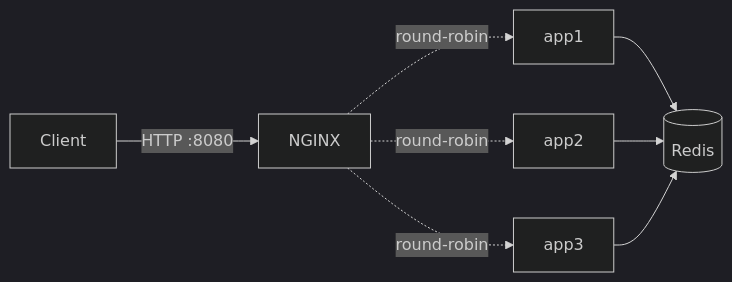
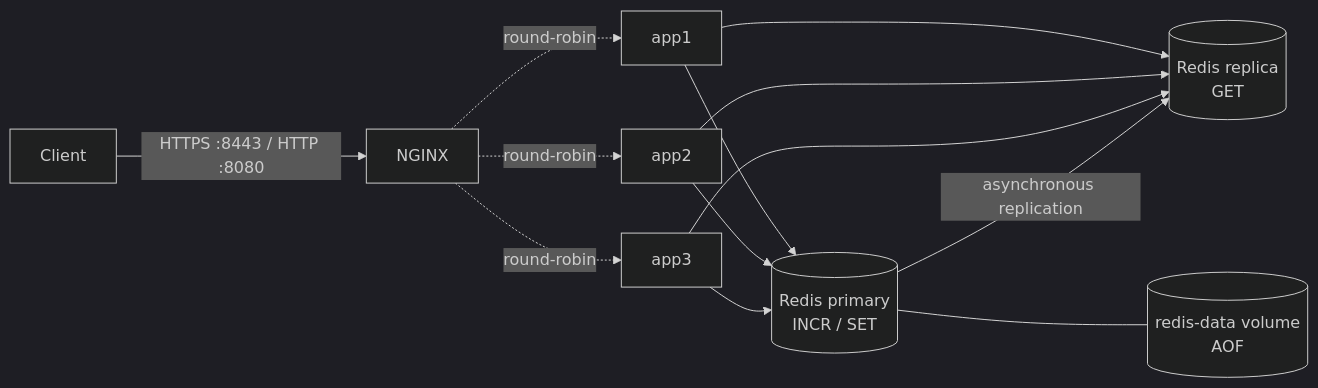
One commit to kajuyerim/docker-based-multiserver-system changed the diagram in ARCHITECTURE.md. Above: the diagram before and after it, drawn with Mermaid (dark theme). The commit also changed other lines of this file and 8 other files, not shown here.

Commit message:
docs(redis): explain persistence and replica consistency

````diff
--- a/ARCHITECTURE.md
+++ b/ARCHITECTURE.md
@@ -17,10 +17,15 @@
 ```mermaid
 flowchart LR
-    Client[Client] -->|HTTP :8080| nginx[NGINX]
+    Client[Client] -->|HTTPS :8443 / HTTP :8080| nginx[NGINX]
     nginx -. round-robin .-> app1
     nginx -. round-robin .-> app2
     nginx -. round-robin .-> app3
-    app1 --> redis[(Redis)]
+    app1 --> redis[(Redis primary<br/>INCR / SET)]
     app2 --> redis
     app3 --> redis
+    app1 --> reader[(Redis replica<br/>GET)]
+    app2 --> reader
+    app3 --> reader
+    redis -->|asynchronous replication| reader
+    redis --- data[(redis-data volume<br/>AOF)]
 ```
````
